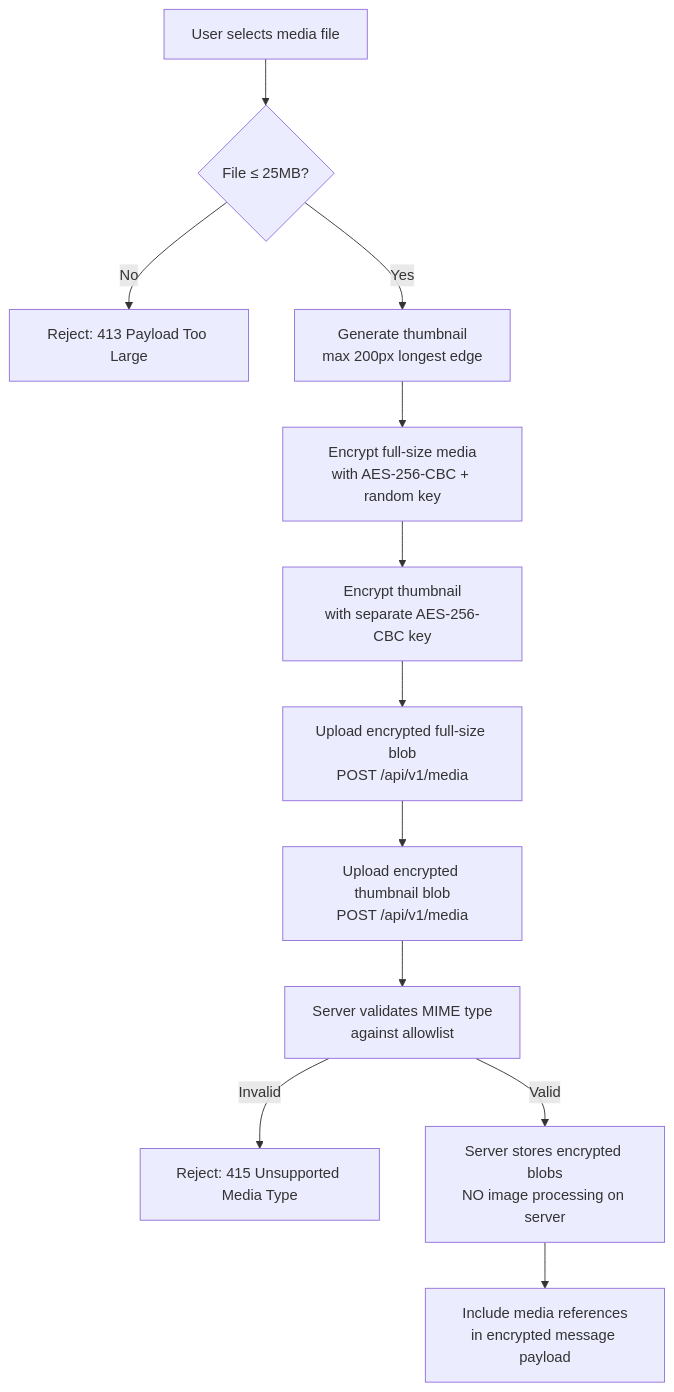
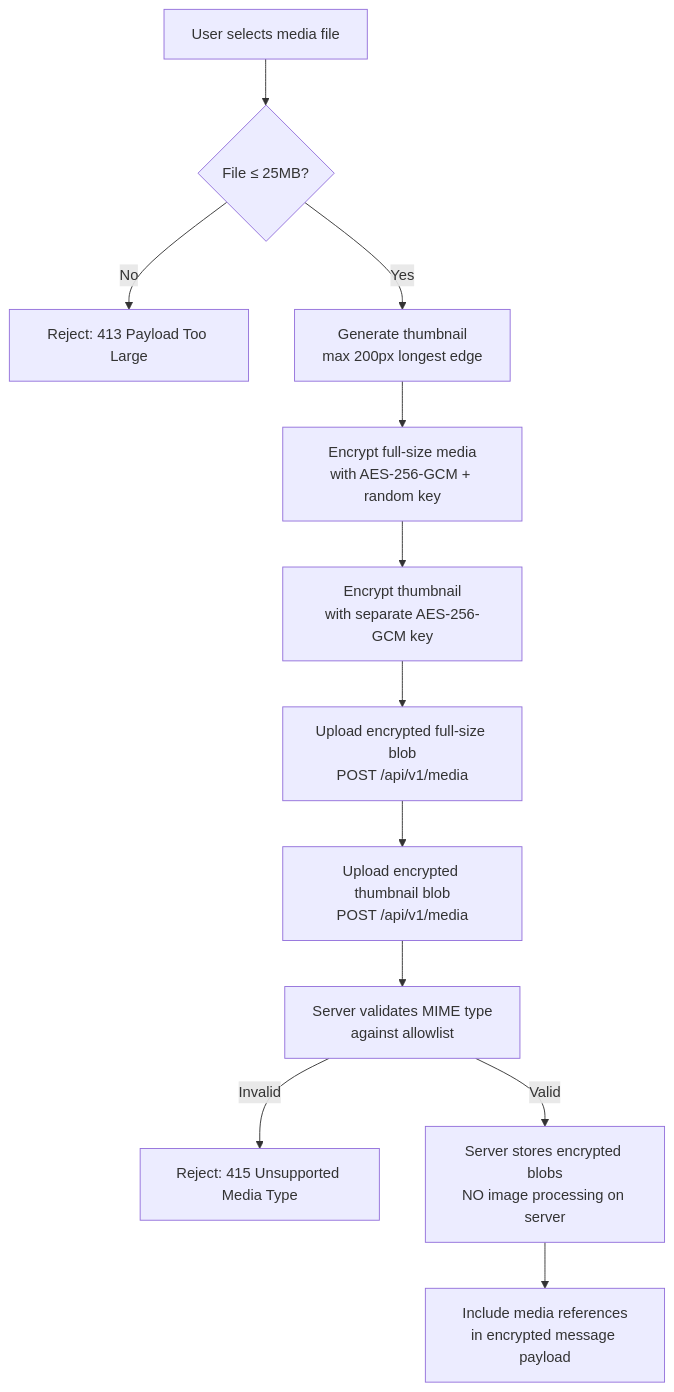
The fourth of 5 diagrams in docs/encryption.md (Blitzy-Sandbox/kalle), drawn with Mermaid before and after one commit. The commit also changed other lines of this file and 4 other files, not shown here.

````diff
--- a/docs/encryption.md
+++ b/docs/encryption.md
@@ -333,14 +352,14 @@
 ```mermaid
 flowchart TD
     A[User selects media file] --> B{File ≤ 25MB?}
     B -- No --> C[Reject: 413 Payload Too Large]
     B -- Yes --> D[Generate thumbnail<br/>max 200px longest edge]
-    D --> E[Encrypt full-size media<br/>with AES-256-CBC + random key]
-    E --> F[Encrypt thumbnail<br/>with separate AES-256-CBC key]
+    D --> E[Encrypt full-size media<br/>with AES-256-GCM + random key]
+    E --> F[Encrypt thumbnail<br/>with separate AES-256-GCM key]
     F --> G[Upload encrypted full-size blob<br/>POST /api/v1/media]
     G --> H[Upload encrypted thumbnail blob<br/>POST /api/v1/media]
     H --> I[Server validates MIME type<br/>against allowlist]
     I -- Invalid --> J[Reject: 415 Unsupported Media Type]
     I -- Valid --> K[Server stores encrypted blobs<br/>NO image processing on server]
     K --> L[Include media references<br/>in encrypted message payload]
 ```
````
